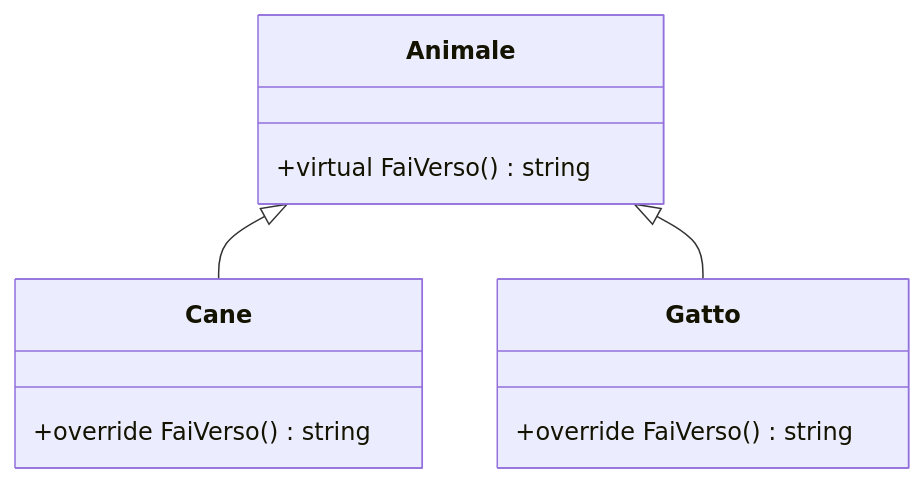
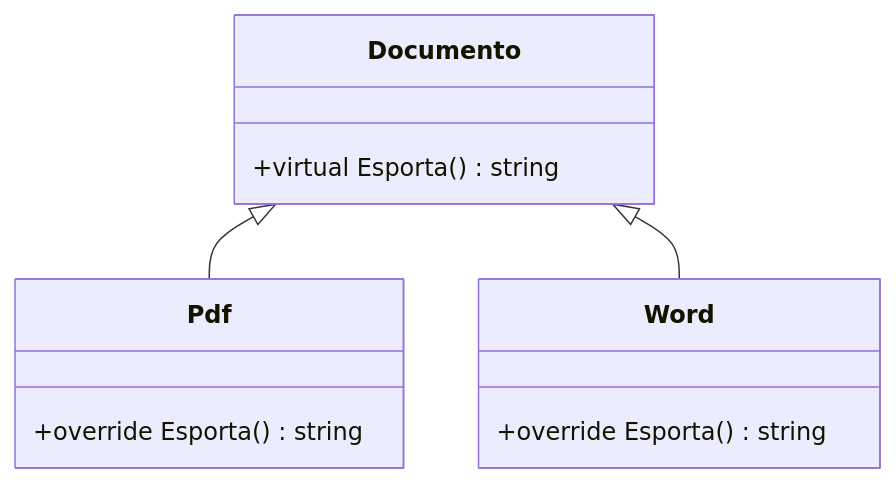
Before and after one commit to DennisTurco/AppuntiFacili: the second of 6 diagrams in src/content/informatica/csharp/virtual-override-new.mdx, drawn with Mermaid. The commit also changed other lines of this file and 10 other files, not shown here.

````diff
--- a/src/content/informatica/csharp/virtual-override-new.mdx
+++ b/src/content/informatica/csharp/virtual-override-new.mdx
@@ -70,14 +125,14 @@
 ```mermaid
 classDiagram
-    Animale <|-- Cane
-    Animale <|-- Gatto
-    class Animale {
-        +virtual FaiVerso() string
+    Documento <|-- Pdf
+    Documento <|-- Word
+    class Documento {
+        +virtual Esporta() string
     }
-    class Cane {
-        +override FaiVerso() string
+    class Pdf {
+        +override Esporta() string
     }
-    class Gatto {
-        +override FaiVerso() string
+    class Word {
+        +override Esporta() string
     }
 ```
````
